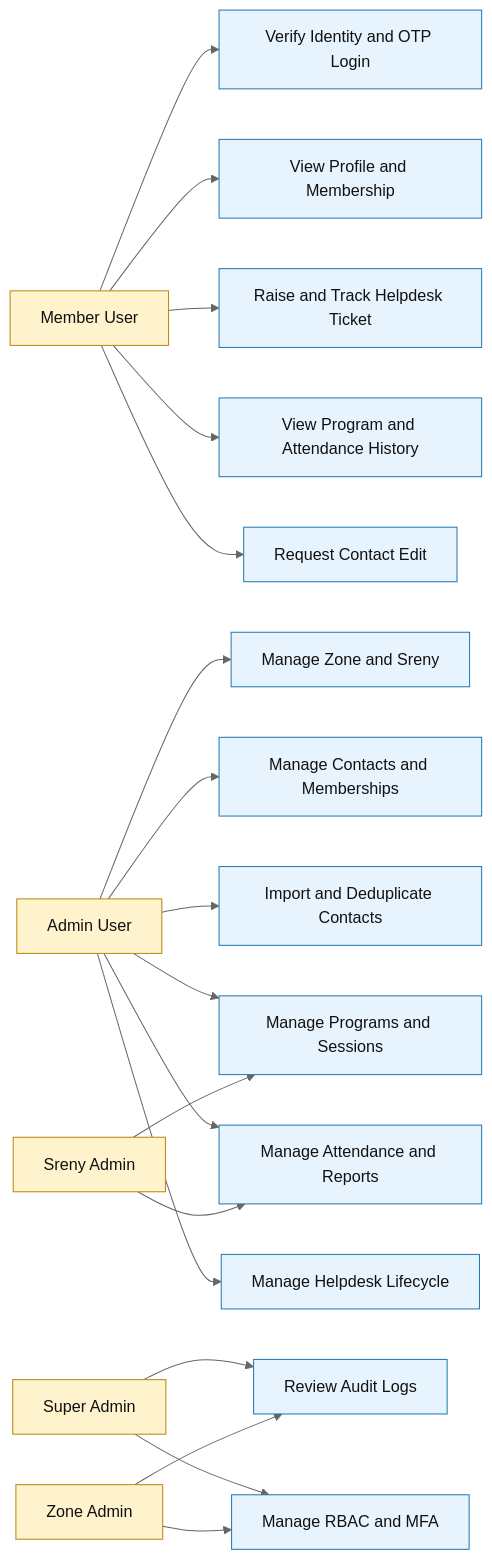
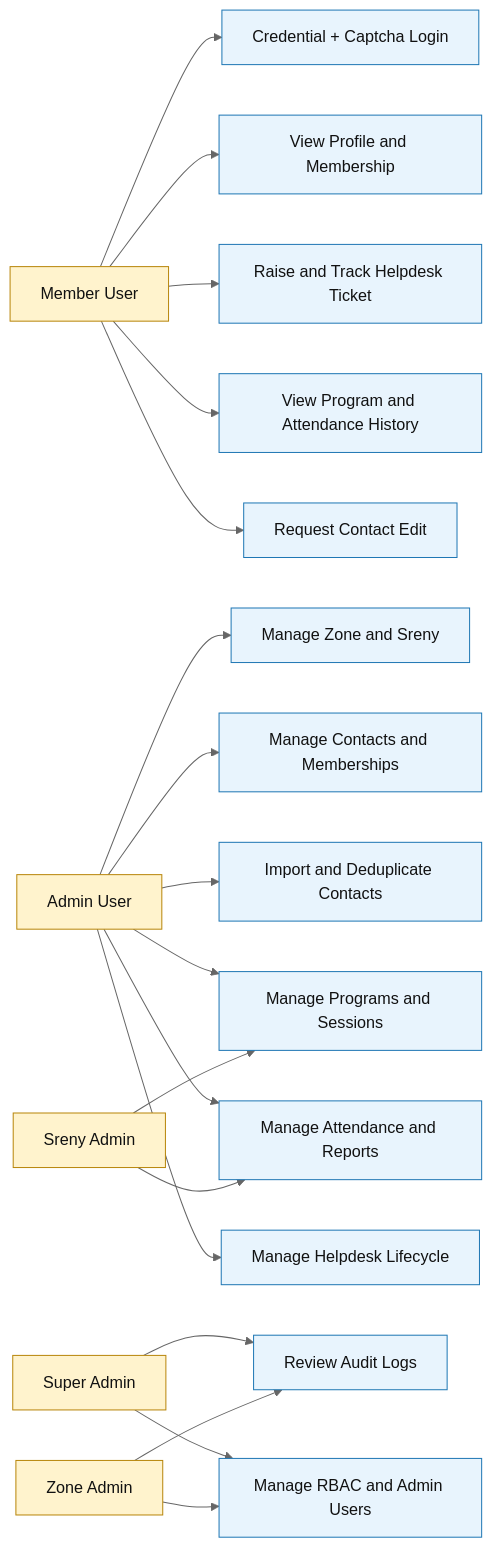
Before and after one commit to krkscm/ad-west: the diagram in ad-docs/business-intake-modular/12-architecture/06-use-case-diagram.md, drawn with Mermaid (neutral theme). The commit also changed other lines of this file and 261 other files, not shown here.

````diff
--- a/ad-docs/business-intake-modular/12-architecture/06-use-case-diagram.md
+++ b/ad-docs/business-intake-modular/12-architecture/06-use-case-diagram.md
@@ -6,48 +6,48 @@
 ```mermaid
 flowchart LR
   Member[Member User]
   Admin[Admin User]
   Super[Super Admin]
   Zone[Zone Admin]
   Sreny[Sreny Admin]
 
-  UC1[Verify Identity and OTP Login]
+  UC1[Credential + Captcha Login]
   UC2[View Profile and Membership]
   UC3[Raise and Track Helpdesk Ticket]
   UC4[View Program and Attendance History]
   UC5[Request Contact Edit]
 
   UC6[Manage Zone and Sreny]
   UC7[Manage Contacts and Memberships]
   UC8[Import and Deduplicate Contacts]
   UC9[Manage Programs and Sessions]
   UC10[Manage Attendance and Reports]
   UC11[Manage Helpdesk Lifecycle]
   UC12[Review Audit Logs]
-  UC13[Manage RBAC and MFA]
+  UC13[Manage RBAC and Admin Users]
 
   Member --> UC1
   Member --> UC2
   Member --> UC3
   Member --> UC4
   Member --> UC5
 
   Admin --> UC6
   Admin --> UC7
   Admin --> UC8
   Admin --> UC9
   Admin --> UC10
   Admin --> UC11
 
   Super --> UC12
   Zone --> UC12
   Super --> UC13
   Zone --> UC13
   Sreny --> UC9
   Sreny --> UC10
 
   classDef actor fill:#fff3cd,stroke:#b8860b,color:#111;
   classDef uc fill:#e8f4fd,stroke:#1f77b4,color:#111;
   class Member,Admin,Super,Zone,Sreny actor;
   class UC1,UC2,UC3,UC4,UC5,UC6,UC7,UC8,UC9,UC10,UC11,UC12,UC13 uc;
 ```
````
